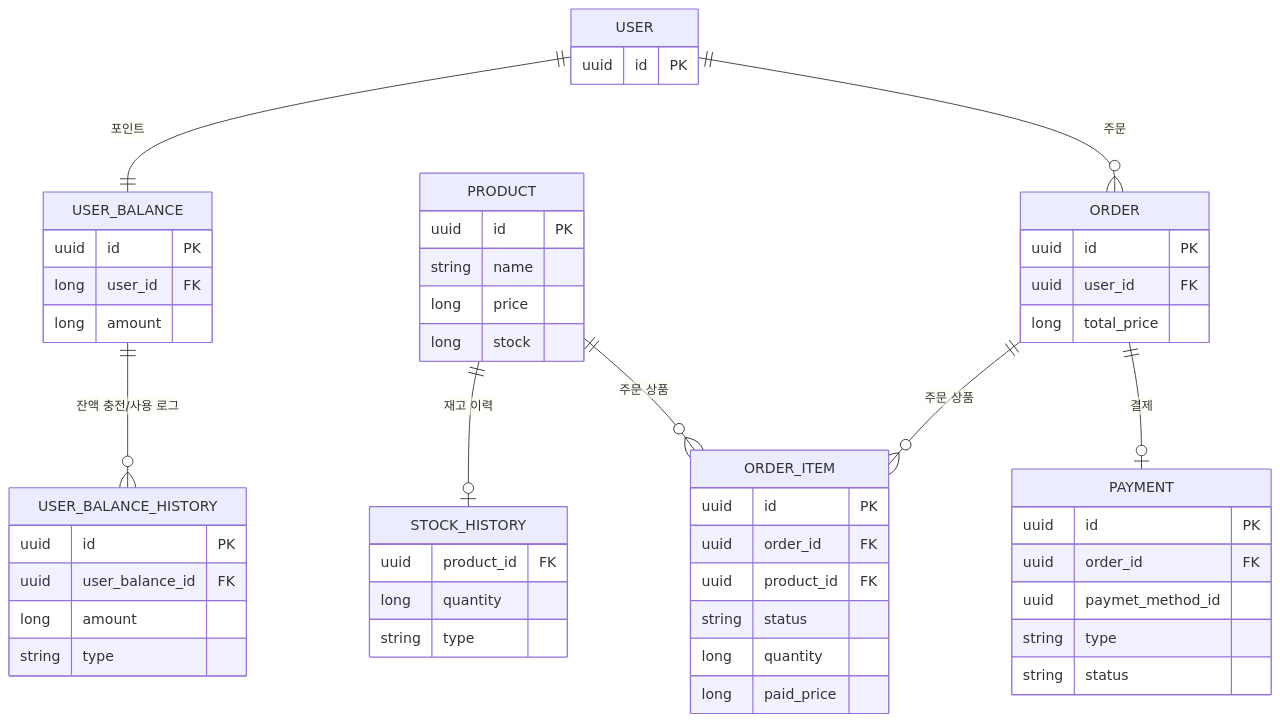
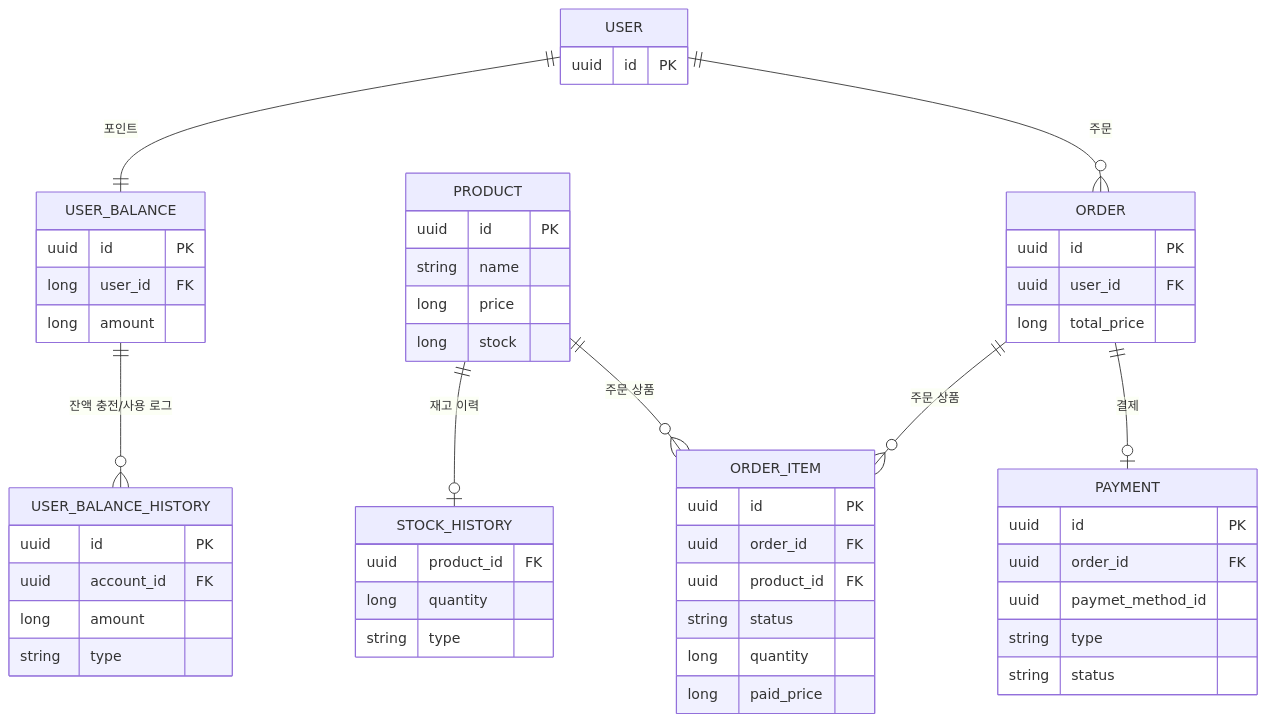
One commit to newbieJanghan/hh_plus_server changed the second of 2 diagrams in README.md. Above: the diagram before and after it, drawn with Mermaid. The commit also changed other lines of this file and 23 other files, not shown here.

Commit message:
Chore: rename balance to account

````diff
--- a/README.md
+++ b/README.md
@@ -67,55 +67,55 @@
 ```mermaid
 erDiagram
     USER {
         uuid id PK
     }
     USER_BALANCE {
         uuid id PK
         long user_id FK
         long amount
     }
     USER_BALANCE_HISTORY {
         uuid id PK
-        uuid user_balance_id FK
+        uuid account_id FK
         long amount
         string type
     }
     PRODUCT {
         uuid id PK
         string name
         long price
         long stock
     }
     STOCK_HISTORY {
         uuid product_id FK
         long quantity
         string type
     }
     ORDER {
         uuid id PK
         uuid user_id FK
         long total_price
     }
     ORDER_ITEM {
         uuid id PK
         uuid order_id FK
         uuid product_id FK
         string status
         long quantity
         long paid_price
     }
     PAYMENT {
         uuid id PK
         uuid order_id FK
         uuid paymet_method_id
         string type
         string status
     }
     USER ||--|| USER_BALANCE: "포인트"
     USER_BALANCE ||--o{ USER_BALANCE_HISTORY: "잔액 충전/사용 로그"
     USER ||--o{ ORDER: "주문"
     ORDER ||--o{ ORDER_ITEM: "주문 상품"
     PRODUCT ||--o{ ORDER_ITEM: "주문 상품"
     PRODUCT ||--o| STOCK_HISTORY: "재고 이력"
     ORDER ||--o| PAYMENT: "결제"
 ```
````
